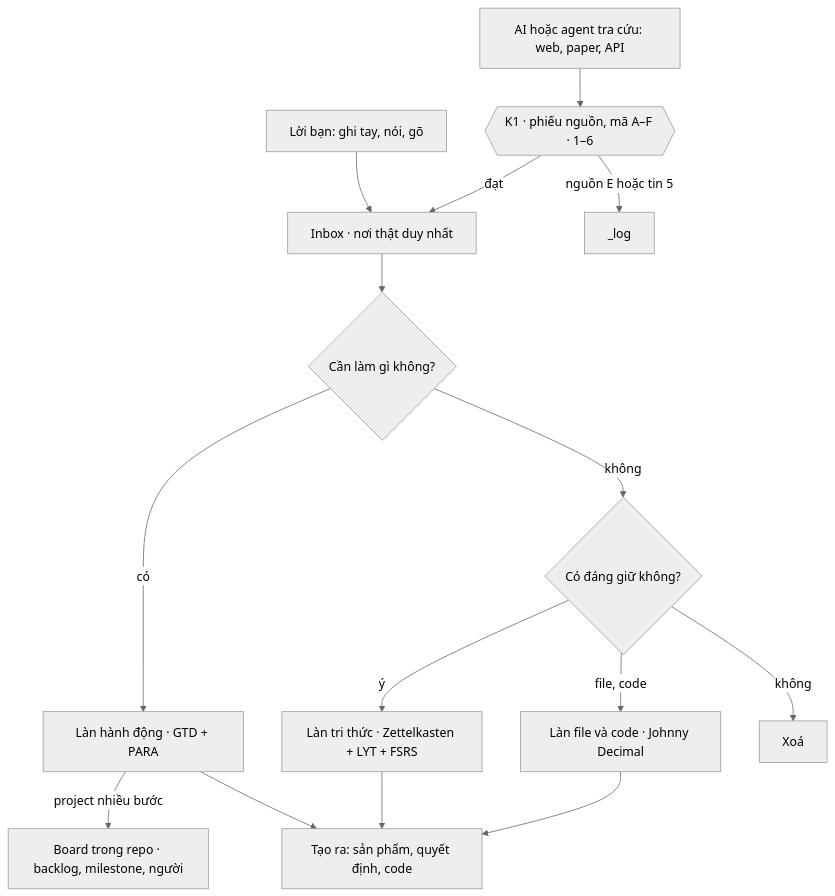
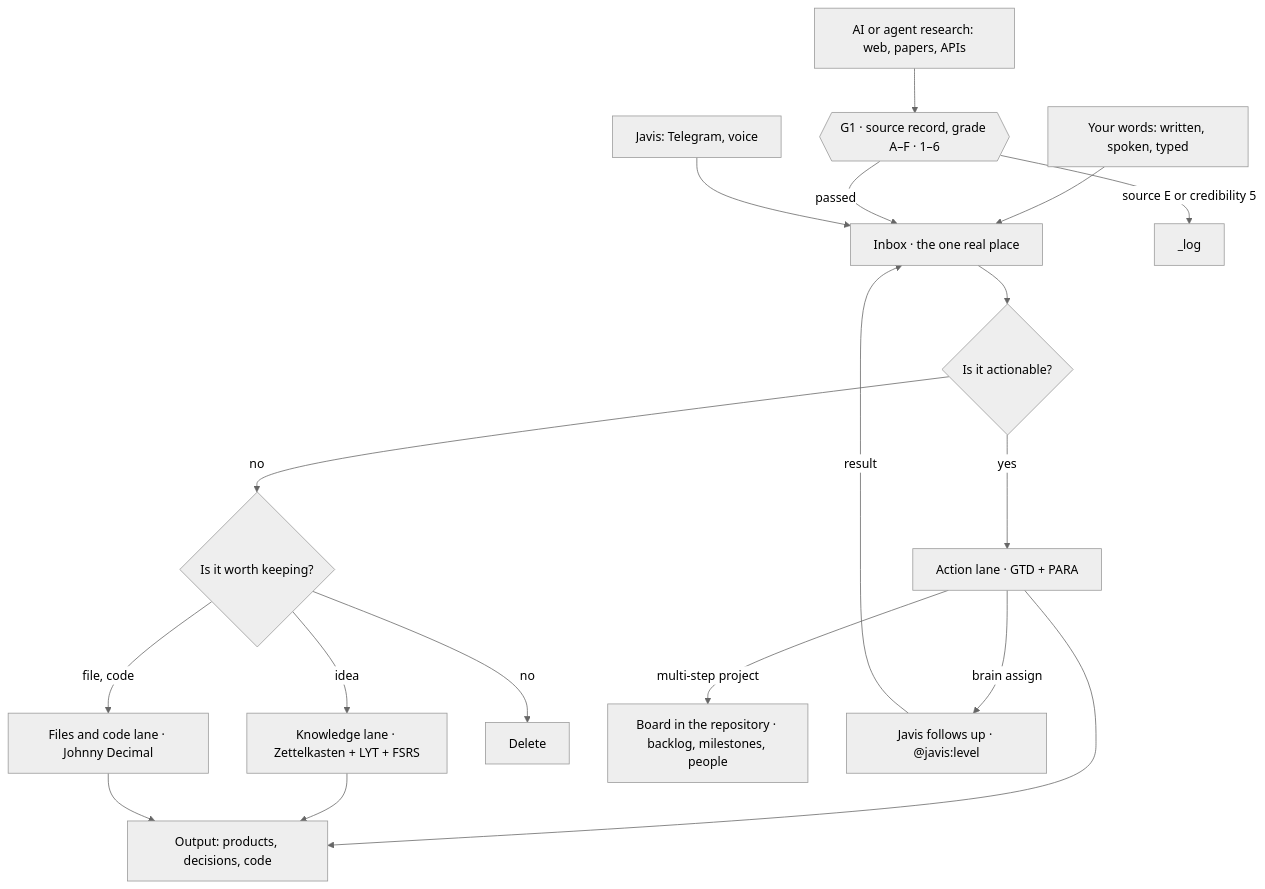
One commit to DaveTran243/Brain_Standard changed the diagram in README.md. Above: the diagram before and after it, drawn with Mermaid (neutral theme). The commit also changed other lines of this file and 19 other files, not shown here.

````diff
--- a/README.md
+++ b/README.md
@@ -60,17 +60,20 @@
 ```mermaid
 flowchart TD
-  T["Lời bạn: ghi tay, nói, gõ"] --> IN["Inbox · nơi thật duy nhất"]
-  AG["AI hoặc agent tra cứu: web, paper, API"] --> K1{{"K1 · phiếu nguồn, mã A–F · 1–6"}}
-  K1 -- "đạt" --> IN
-  K1 -- "nguồn E hoặc tin 5" --> LOG["_log"]
-  IN --> Q1{"Cần làm gì không?"}
-  Q1 -- "có" --> HD["Làn hành động · GTD + PARA"]
-  Q1 -- "không" --> Q2{"Có đáng giữ không?"}
-  Q2 -- "ý" --> TT["Làn tri thức · Zettelkasten + LYT + FSRS"]
-  Q2 -- "file, code" --> FC["Làn file và code · Johnny Decimal"]
-  Q2 -- "không" --> X["Xoá"]
-  HD -- "project nhiều bước" --> BD["Board trong repo · backlog, milestone, người"]
-  HD --> TR["Tạo ra: sản phẩm, quyết định, code"]
-  TT --> TR
-  FC --> TR
+  T["Your words: written, spoken, typed"] --> IN["Inbox · the one real place"]
+  AG["AI or agent research: web, papers, APIs"] --> G1{{"G1 · source record, grade A–F · 1–6"}}
+  G1 -- "passed" --> IN
+  G1 -- "source E or credibility 5" --> LOG["_log"]
+  JV["Javis: Telegram, voice"] --> IN
+  IN --> Q1{"Is it actionable?"}
+  Q1 -- "yes" --> AC["Action lane · GTD + PARA"]
+  Q1 -- "no" --> Q2{"Is it worth keeping?"}
+  Q2 -- "idea" --> KN["Knowledge lane · Zettelkasten + LYT + FSRS"]
+  Q2 -- "file, code" --> FC["Files and code lane · Johnny Decimal"]
+  Q2 -- "no" --> X["Delete"]
+  AC -- "multi-step project" --> BD["Board in the repository · backlog, milestones, people"]
+  AC -- "brain assign" --> JF["Javis follows up · @javis:level"]
+  JF -- "result" --> IN
+  AC --> OUT["Output: products, decisions, code"]
+  KN --> OUT
+  FC --> OUT
 ```
````
